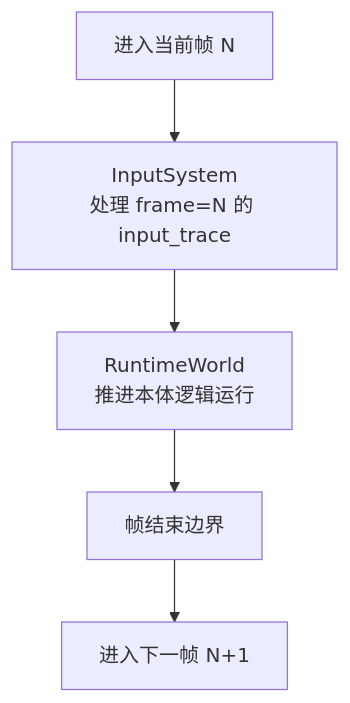
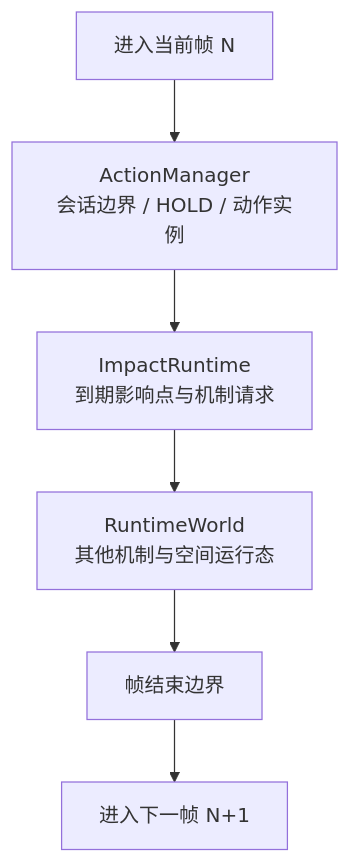
One commit to MCZME/Genshin-Simulation-Lab changed the third of 4 diagrams in docs/架构/当前项目架构流程图.md. Above: the diagram before and after it, drawn with Mermaid. The commit also changed other lines of this file and 8 other files, not shown here.

````diff
--- a/docs/架构/当前项目架构流程图.md
+++ b/docs/架构/当前项目架构流程图.md
@@ -107,13 +108,15 @@
 ```mermaid
 flowchart TD
     START["进入当前帧 N"]
-    INPUT["InputSystem<br/>处理 frame=N 的 input_trace"]
-    TICK["RuntimeWorld<br/>推进本体逻辑运行"]
+    ACTIONS["ActionManager<br/>会话边界 / HOLD / 动作实例"]
+    IMPACTS["ImpactRuntime<br/>到期影响点与机制请求"]
+    TICK["RuntimeWorld<br/>其他机制与空间运行态"]
     FRAME_BOUNDARY["帧结束边界"]
     NEXT["进入下一帧 N+1"]
 
-    START --> INPUT
-    INPUT --> TICK
+    START --> ACTIONS
+    ACTIONS --> IMPACTS
+    IMPACTS --> TICK
     TICK --> FRAME_BOUNDARY
     FRAME_BOUNDARY --> NEXT
 ```
````
